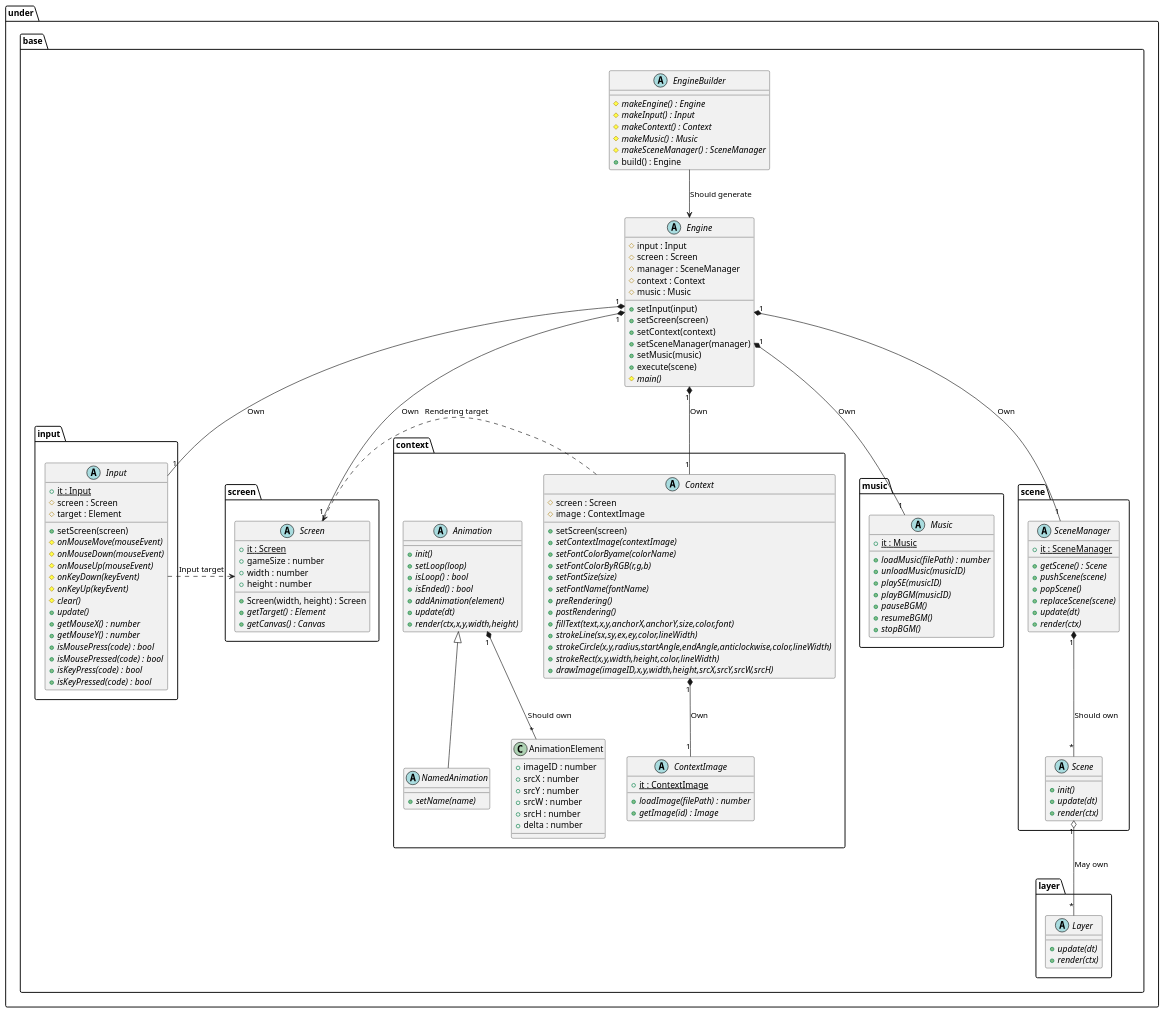
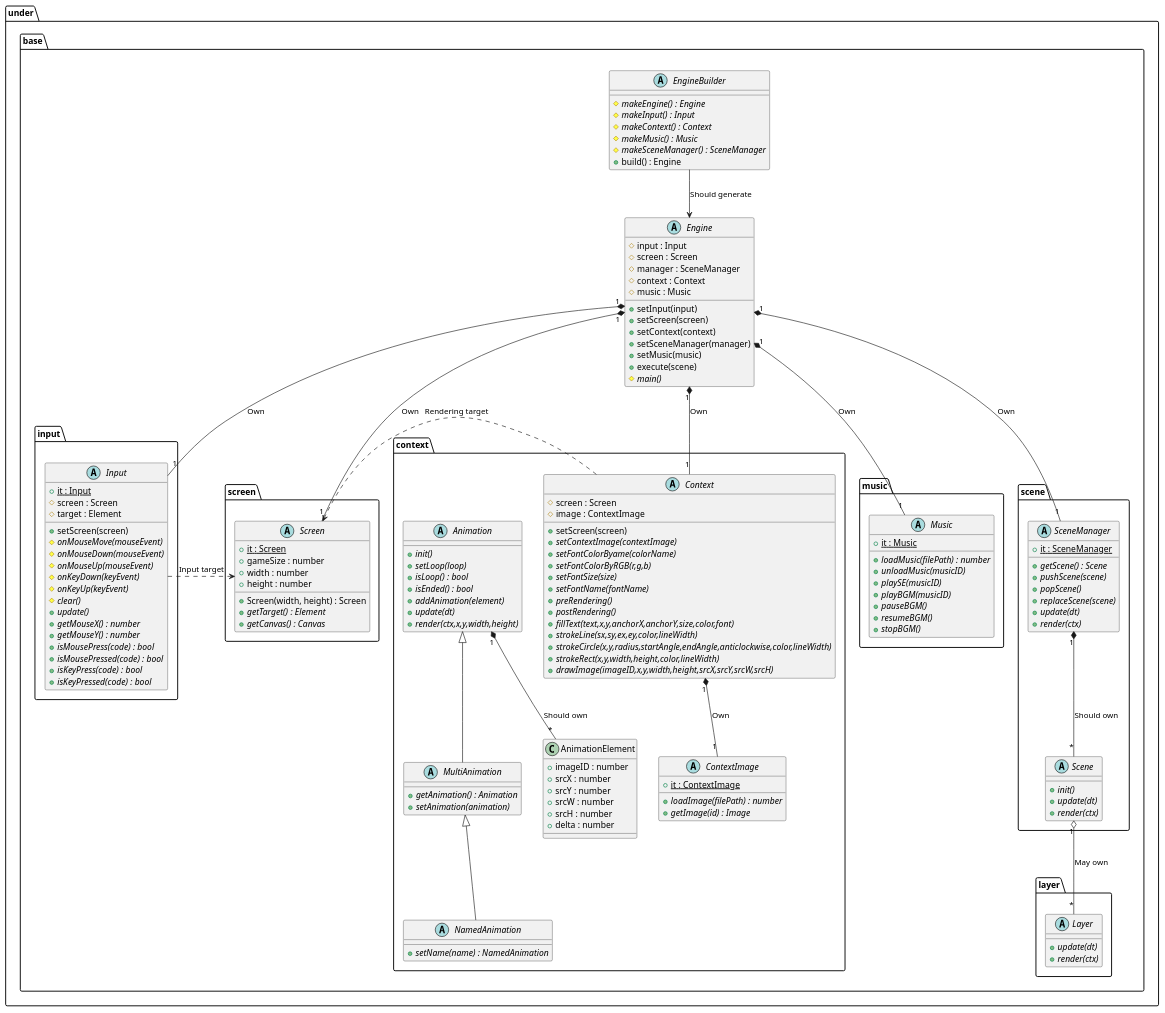
The diagram in uml/gamebase/Base.wsd (Expine/Under), drawn with PlantUML before and after one commit. The commit also changed 20 other files, not shown here.

```diff
--- a/uml/gamebase/Base.wsd
+++ b/uml/gamebase/Base.wsd
@@ -1,165 +1,170 @@
 @startuml GameBaseBase
 
 package under {
     package base {
         abstract EngineBuilder {
             {abstract} #makeEngine() : Engine
             {abstract} #makeInput() : Input
             {abstract} #makeContext() : Context
             {abstract} #makeMusic() : Music
             {abstract} #makeSceneManager() : SceneManager
             +build() : Engine
         }
         abstract Engine {
             #input : Input
             #screen : Screen
             #manager : SceneManager
             #context : Context
             #music : Music
             +setInput(input)
             +setScreen(screen)
             +setContext(context)
             +setSceneManager(manager)
             +setMusic(music)
             +execute(scene)
             {abstract} #main()
         }
 
         package input {
             abstract Input {
                 {static} +it : Input /' Singleton '/
                 #screen : Screen
                 #target : Element
                 +setScreen(screen)
                 {abstract} #onMouseMove(mouseEvent)
                 {abstract} #onMouseDown(mouseEvent)
                 {abstract} #onMouseUp(mouseEvent)
                 {abstract} #onKeyDown(keyEvent)
                 {abstract} #onKeyUp(keyEvent)
                 {abstract} #clear()
                 {abstract} +update()
                 {abstract} +getMouseX() : number
                 {abstract} +getMouseY() : number
                 {abstract} +isMousePress(code) : bool
                 {abstract} +isMousePressed(code) : bool
                 {abstract} +isKeyPress(code) : bool
                 {abstract} +isKeyPressed(code) : bool
             }
         }
 
         package screen {
             abstract Screen {
                 +Screen(width, height) : Screen
                 {static} +it : Screen /' Singleton '/
                 +gameSize : number
                 +width : number
                 +height : number
                 {abstract} +getTarget() : Element
                 {abstract} +getCanvas() : Canvas
             }
         }
 
         package music {
             abstract Music {
                 {static} +it : Music /' Singleton '/
                 {abstract} +loadMusic(filePath) : number
                 {abstract} +unloadMusic(musicID)
                 {abstract} +playSE(musicID)
                 {abstract} +playBGM(musicID)
                 {abstract} +pauseBGM()
                 {abstract} +resumeBGM()
                 {abstract} +stopBGM()
             }
         }
 
         package context {
             abstract Context {
                 #screen : Screen
                 #image : ContextImage
                 +setScreen(screen)
                 {abstract} +setContextImage(contextImage)
                 {abstract} +setFontColorByame(colorName)
                 {abstract} +setFontColorByRGB(r,g,b)
                 {abstract} +setFontSize(size)
                 {abstract} +setFontName(fontName)
                 {abstract} +preRendering()
                 {abstract} +postRendering()
                 {abstract} +fillText(text,x,y,anchorX,anchorY,size,color,font)
                 {abstract} +strokeLine(sx,sy,ex,ey,color,lineWidth)
                 {abstract} +strokeCircle(x,y,radius,startAngle,endAngle,anticlockwise,color,lineWidth)
                 {abstract} +strokeRect(x,y,width,height,color,lineWidth)
                 {abstract} +drawImage(imageID,x,y,width,height,srcX,srcY,srcW,srcH)
             }
             abstract ContextImage {
                 {static} +it : ContextImage /' Singleton '/
                 {abstract} +loadImage(filePath) : number
                 {abstract} +getImage(id) : Image
             }
 
             abstract Animation {
                 {abstract} +init()
                 {abstract} +setLoop(loop)
                 {abstract} +isLoop() : bool
                 {abstract} +isEnded() : bool
                 {abstract} +addAnimation(element)
                 {abstract} +update(dt)
                 {abstract} +render(ctx,x,y,width,height)
             }
+            abstract MultiAnimation {
+                {abstract} +getAnimation() : Animation
+                {abstract} +setAnimation(animation)
+            }
             abstract NamedAnimation {
-                {abstract} +setName(name)
+                {abstract} +setName(name) : NamedAnimation
             }
             class AnimationElement {
                 +imageID : number
                 +srcX : number
                 +srcY : number
                 +srcW : number
                 +srcH : number
                 +delta : number
             }
         }
 
         package scene {
             abstract SceneManager {
                 {static} +it : SceneManager /' Singleton '/
                 {abstract} +getScene() : Scene
                 {abstract} +pushScene(scene)
                 {abstract} +popScene()
                 {abstract} +replaceScene(scene)
                 {abstract} +update(dt)
                 {abstract} +render(ctx)
             }
             abstract Scene {
                 {abstract} +init()
                 {abstract} +update(dt)
                 {abstract} +render(ctx)
             }
         }
 
         package layer {
             abstract Layer {
                 {abstract} +update(dt)
                 {abstract} +render(ctx)
             }
         }
     }
 }
 
 EngineBuilder --> Engine : Should generate
 Engine "1"*-- "1" Screen : Own
 Engine "1"*-- "1" Input : Own
 Engine "1"*-- "1" SceneManager : Own
 Engine "1"*-- "1" Context : Own
 Engine "1"*-- "1" Music : Own
 
 Input .> Screen : Input target
 Context .> Screen : Rendering target
 
 SceneManager "1"*--"*" Scene : Should own
 Scene "1" o--"*" Layer : May own
 Context "1"*--"1" ContextImage : Own
 
 Animation "1"*--"*"AnimationElement : Should own
 
-Animation <|-- NamedAnimation
+Animation <|-- MultiAnimation
+MultiAnimation <|-- NamedAnimation
 
 @enduml
```
